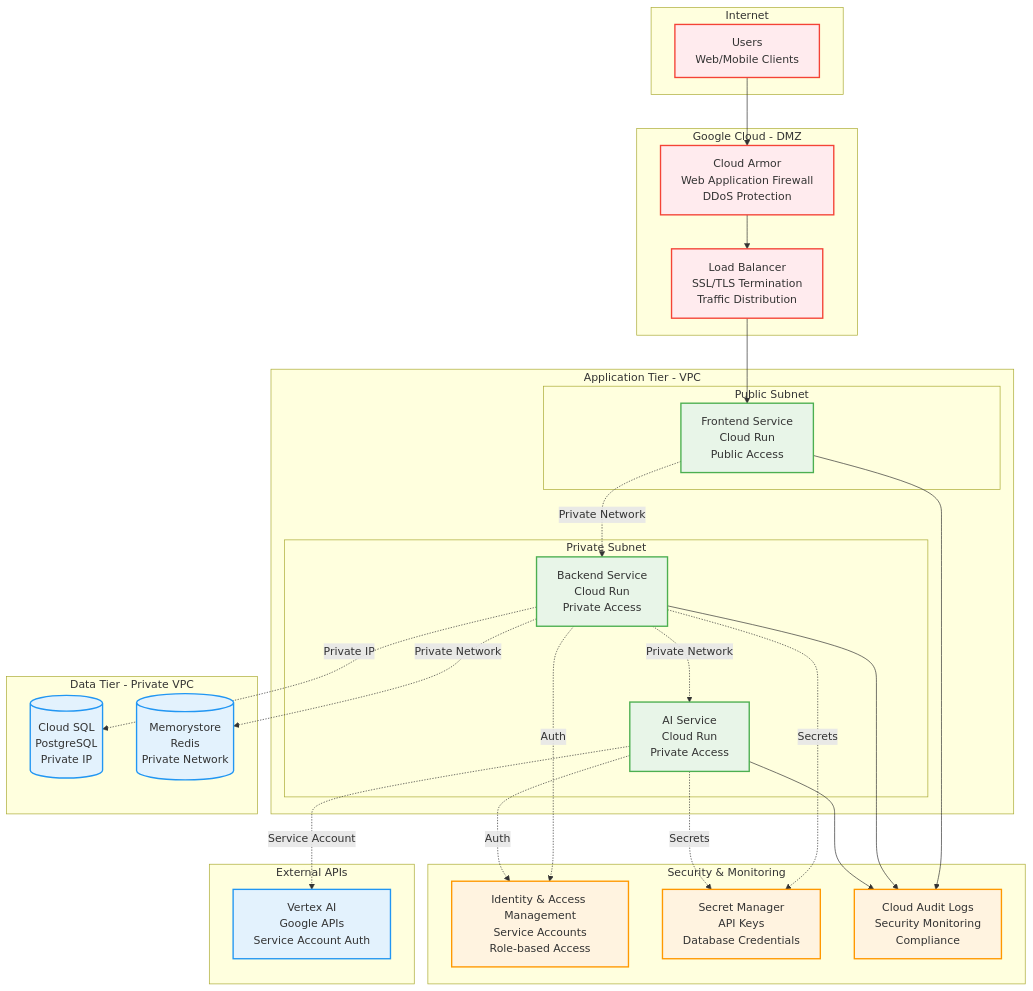
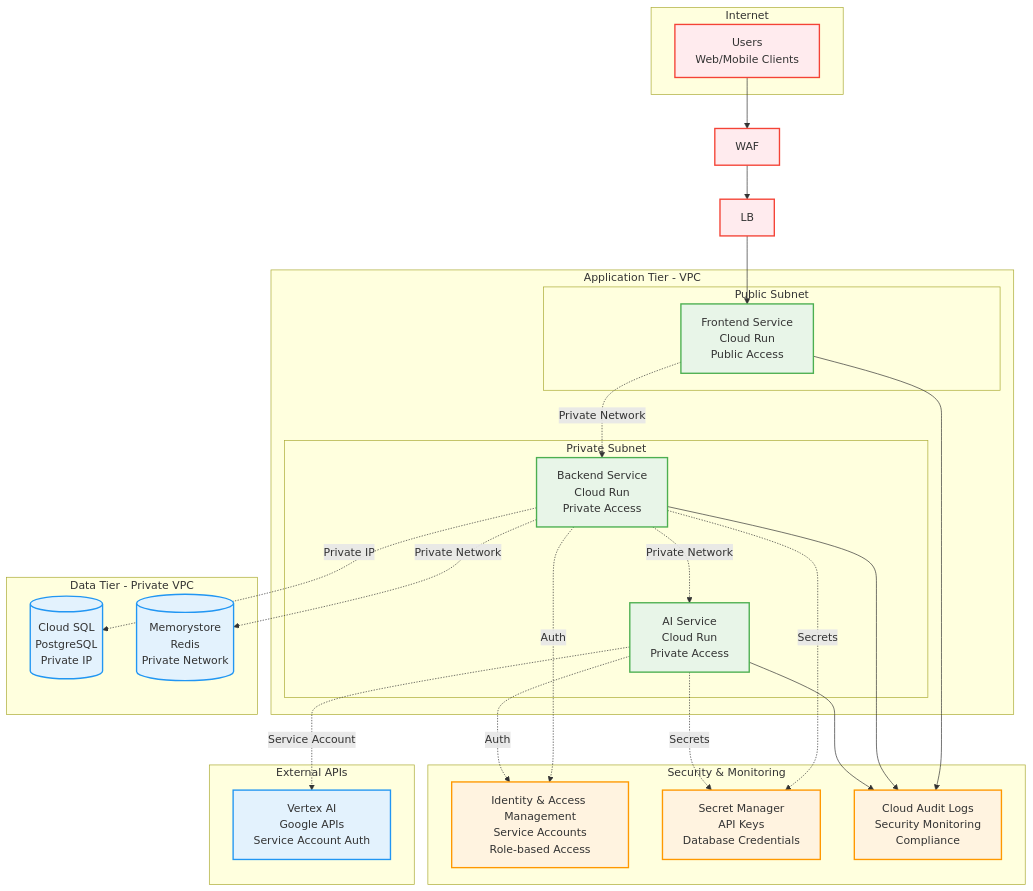
One commit to kamijimatomoaki/ai_werewolf changed the eighth of 8 diagrams in system_architecture.md. Above: the diagram before and after it, drawn with Mermaid.

````diff
--- a/system_architecture.md
+++ b/system_architecture.md
@@ -515,71 +515,66 @@
 ```mermaid
 graph TB
     subgraph "Internet"
         USERS[Users<br/>Web/Mobile Clients]
-    end
-    
-    subgraph "Google Cloud - DMZ"
-        WAF[Cloud Armor<br/>Web Application Firewall<br/>DDoS Protection]
-        LB[Load Balancer<br/>SSL/TLS Termination<br/>Traffic Distribution]
     end
     
     subgraph "Application Tier - VPC"
         subgraph "Public Subnet"
             FRONTEND[Frontend Service<br/>Cloud Run<br/>Public Access]
         end
         
         subgraph "Private Subnet"
             BACKEND[Backend Service<br/>Cloud Run<br/>Private Access]
             AISERVICE[AI Service<br/>Cloud Run<br/>Private Access]
         end
     end
     
     subgraph "Data Tier - Private VPC"
         DATABASE[(Cloud SQL<br/>PostgreSQL<br/>Private IP)]
         CACHE[(Memorystore<br/>Redis<br/>Private Network)]
     end
     
     subgraph "External APIs"
         VERTEX[Vertex AI<br/>Google APIs<br/>Service Account Auth]
     end
     
     subgraph "Security & Monitoring"
         IAM[Identity & Access Management<br/>Service Accounts<br/>Role-based Access]
         SECRETS[Secret Manager<br/>API Keys<br/>Database Credentials]
         AUDIT[Cloud Audit Logs<br/>Security Monitoring<br/>Compliance]
     end
     
     %% Network flow
     USERS --> WAF
     WAF --> LB
     LB --> FRONTEND
     FRONTEND -.->|Private Network| BACKEND
     BACKEND -.->|Private Network| AISERVICE
     
     %% Data connections
     BACKEND -.->|Private IP| DATABASE
     BACKEND -.->|Private Network| CACHE
     AISERVICE -.->|Service Account| VERTEX
     
     %% Security connections
     BACKEND -.->|Auth| IAM
     AISERVICE -.->|Auth| IAM
     BACKEND -.->|Secrets| SECRETS
     AISERVICE -.->|Secrets| SECRETS
     
     %% Monitoring
     FRONTEND --> AUDIT
     BACKEND --> AUDIT
     AISERVICE --> AUDIT
     
     %% Styling
     classDef publicStyle fill:#ffebee,stroke:#f44336,stroke-width:2px
     classDef appStyle fill:#e8f5e8,stroke:#4caf50,stroke-width:2px
     classDef dataStyle fill:#e3f2fd,stroke:#2196f3,stroke-width:2px
     classDef securityStyle fill:#fff3e0,stroke:#ff9800,stroke-width:2px
     
     class USERS,WAF,LB publicStyle
     class FRONTEND,BACKEND,AISERVICE appStyle
     class DATABASE,CACHE,VERTEX dataStyle
     class IAM,SECRETS,AUDIT securityStyle
 ```
````
